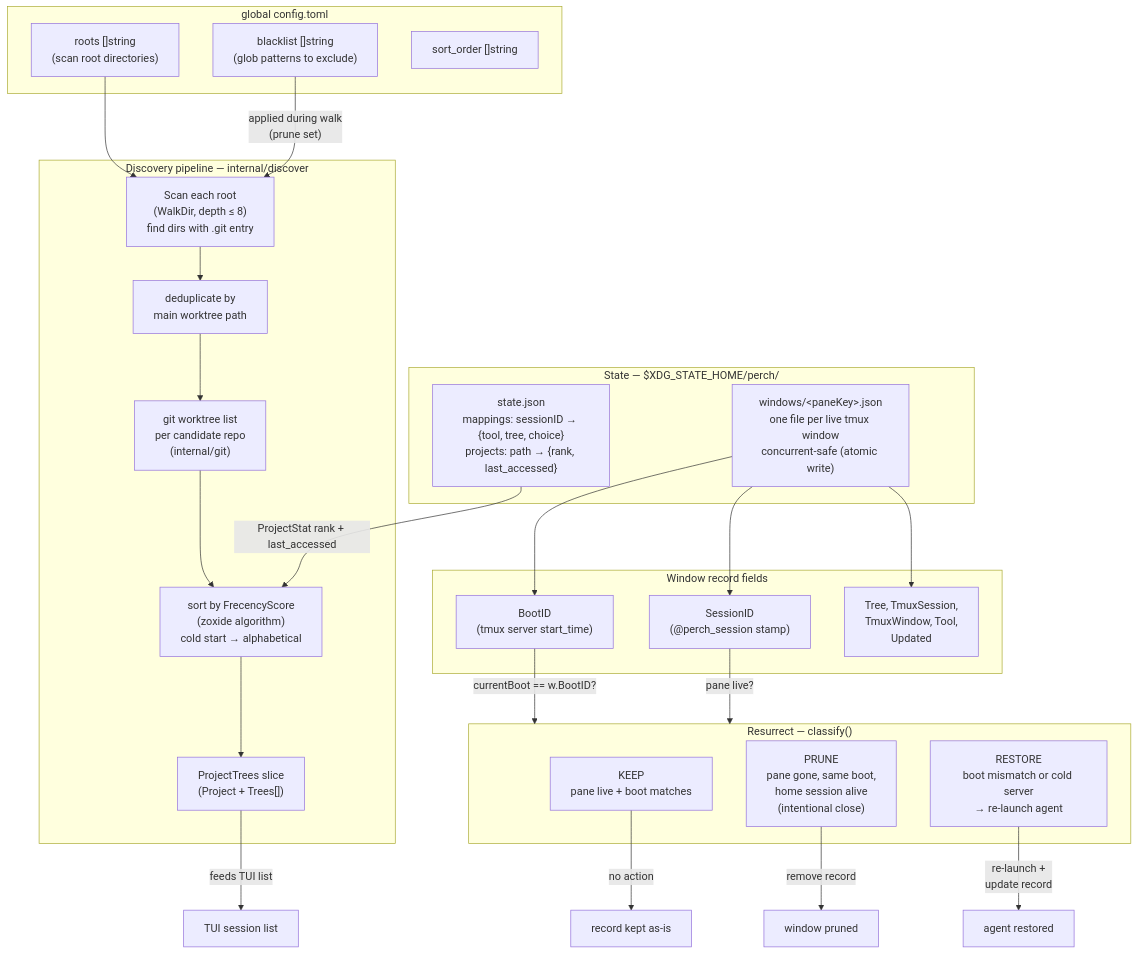
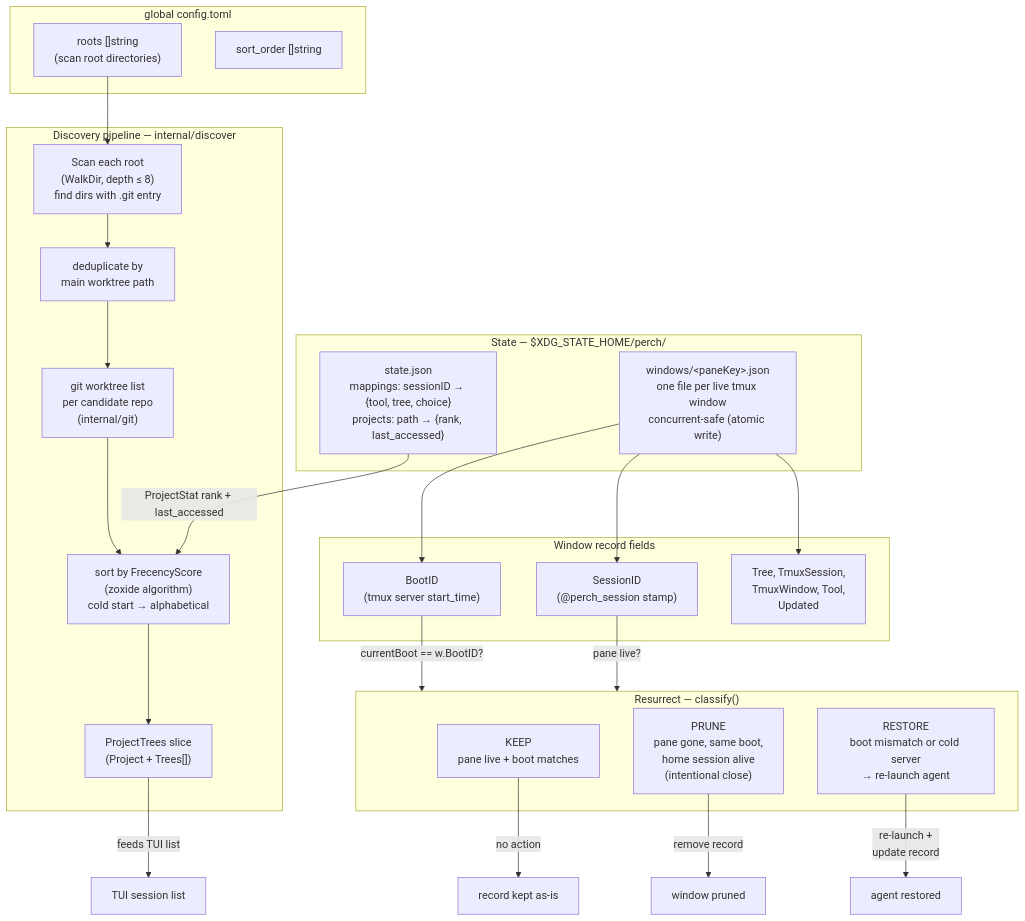
Before and after one commit to miniature-pug/perch: the diagram in docs/diagrams/discovery-state.mmd, drawn with Mermaid. The commit also changed 1 other file, not shown here.

Commit message:
fix(docs): remove false blacklist-filters-discovery claim from diagrams (M13)

```diff
--- a/docs/diagrams/discovery-state.mmd
+++ b/docs/diagrams/discovery-state.mmd
@@ -1,51 +1,49 @@
 flowchart TD
     subgraph Config["global config.toml"]
         roots["roots []string\n(scan root directories)"]
-        blacklist["blacklist []string\n(glob patterns to exclude)"]
         sort_order["sort_order []string"]
     end
 
     subgraph DiscoveryPipeline["Discovery pipeline — internal/discover"]
         scan["Scan each root\n(WalkDir, depth ≤ 8)\nfind dirs with .git entry"]
         dedup["deduplicate by\nmain worktree path"]
         worktrees["git worktree list\nper candidate repo\n(internal/git)"]
         frecency_sort["sort by FrecencyScore\n(zoxide algorithm)\ncold start → alphabetical"]
         candidates["ProjectTrees slice\n(Project + Trees[])"]
     end
 
     subgraph StateStores["State — $XDG_STATE_HOME/perch/"]
         statejson["state.json\nmappings: sessionID → {tool, tree, choice}\nprojects: path → {rank, last_accessed}"]
         windowsdir["windows/&lt;paneKey&gt;.json\none file per live tmux window\nconcurrent-safe (atomic write)"]
     end
 
     subgraph WindowRecord["Window record fields"]
         bootid["BootID\n(tmux server start_time)"]
         sessid["SessionID\n(@perch_session stamp)"]
         treetool["Tree, TmuxSession,\nTmuxWindow, Tool,\nUpdated"]
     end
 
     subgraph Resurrect["Resurrect — classify()"]
         keep["KEEP\npane live + boot matches"]
         prune["PRUNE\npane gone, same boot,\nhome session alive\n(intentional close)"]
         restore["RESTORE\nboot mismatch or cold server\n→ re-launch agent"]
     end
 
     roots --> scan
-    blacklist -->|"applied during walk\n(prune set)"| scan
     scan --> dedup
     dedup --> worktrees
     worktrees --> frecency_sort
     statejson -->|"ProjectStat rank + last_accessed"| frecency_sort
     frecency_sort --> candidates
     candidates -->|"feeds TUI list"| tui_list["TUI session list"]
 
     windowsdir --> bootid
     windowsdir --> sessid
     windowsdir --> treetool
 
     bootid -->|"currentBoot == w.BootID?"| Resurrect
     sessid -->|"pane live?"| Resurrect
 
     keep -->|"no action"| done_k["record kept as-is"]
     prune -->|"remove record"| done_p["window pruned"]
     restore -->|"re-launch +\nupdate record"| done_r["agent restored"]
```
